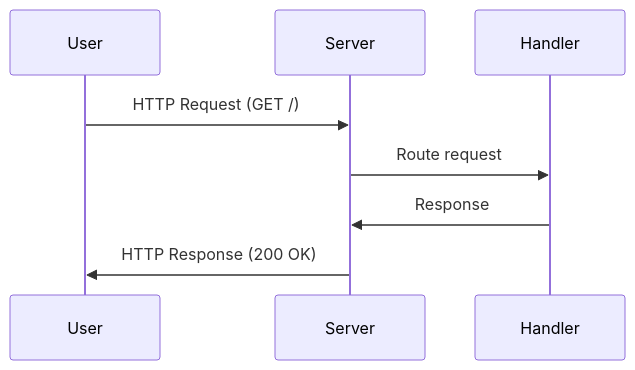
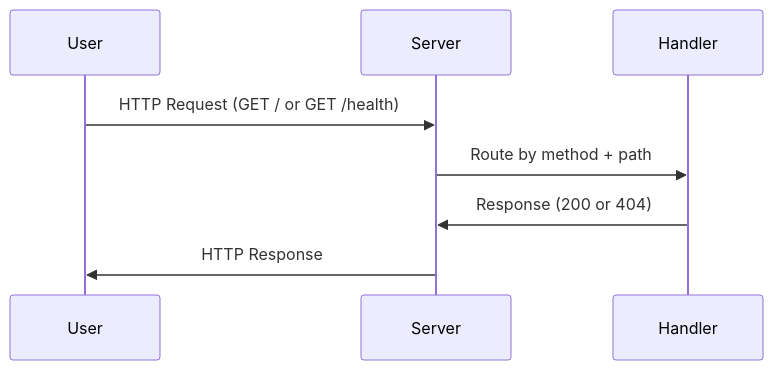
The second of 3 diagrams in plan/feature-lets-add-docu-for-the-simple-server-and-instructions-to-readme/00-overview.md (kevin-voss/crew-ai-demo-project), drawn with Mermaid before and after one commit. The commit also changed other lines of this file and 2 other files, not shown here.

````diff
--- a/plan/feature-lets-add-docu-for-the-simple-server-and-instructions-to-readme/00-overview.md
+++ b/plan/feature-lets-add-docu-for-the-simple-server-and-instructions-to-readme/00-overview.md
@@ -57,11 +58,11 @@
 ```mermaid
 sequenceDiagram
     participant User
     participant Server
     participant Handler
 
-    User->>Server: HTTP Request (GET /)
-    Server->>Handler: Route request
-    Handler->>Server: Response
-    Server->>User: HTTP Response (200 OK)
+    User->>Server: HTTP Request (GET / or GET /health)
+    Server->>Handler: Route by method + path
+    Handler->>Server: Response (200 or 404)
+    Server->>User: HTTP Response
 ```
````
